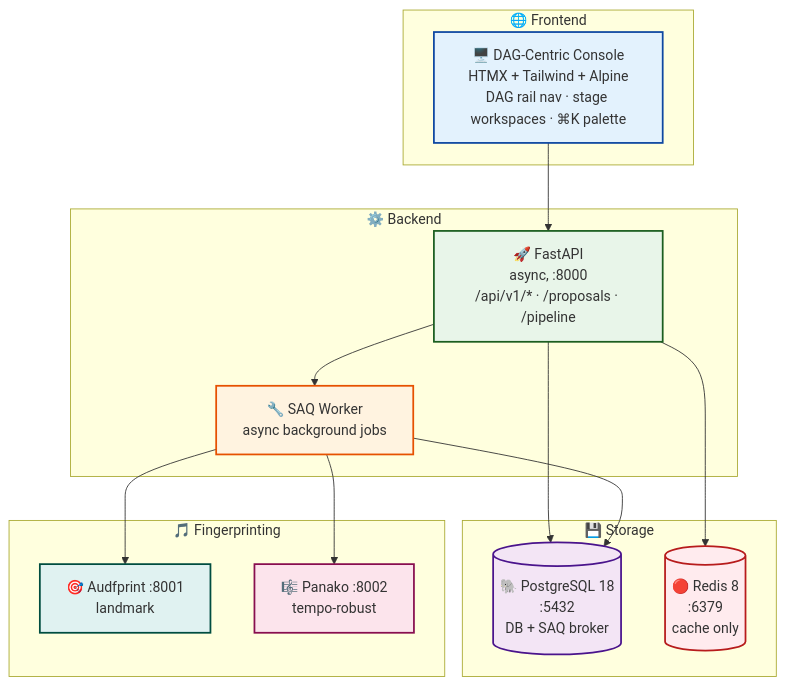
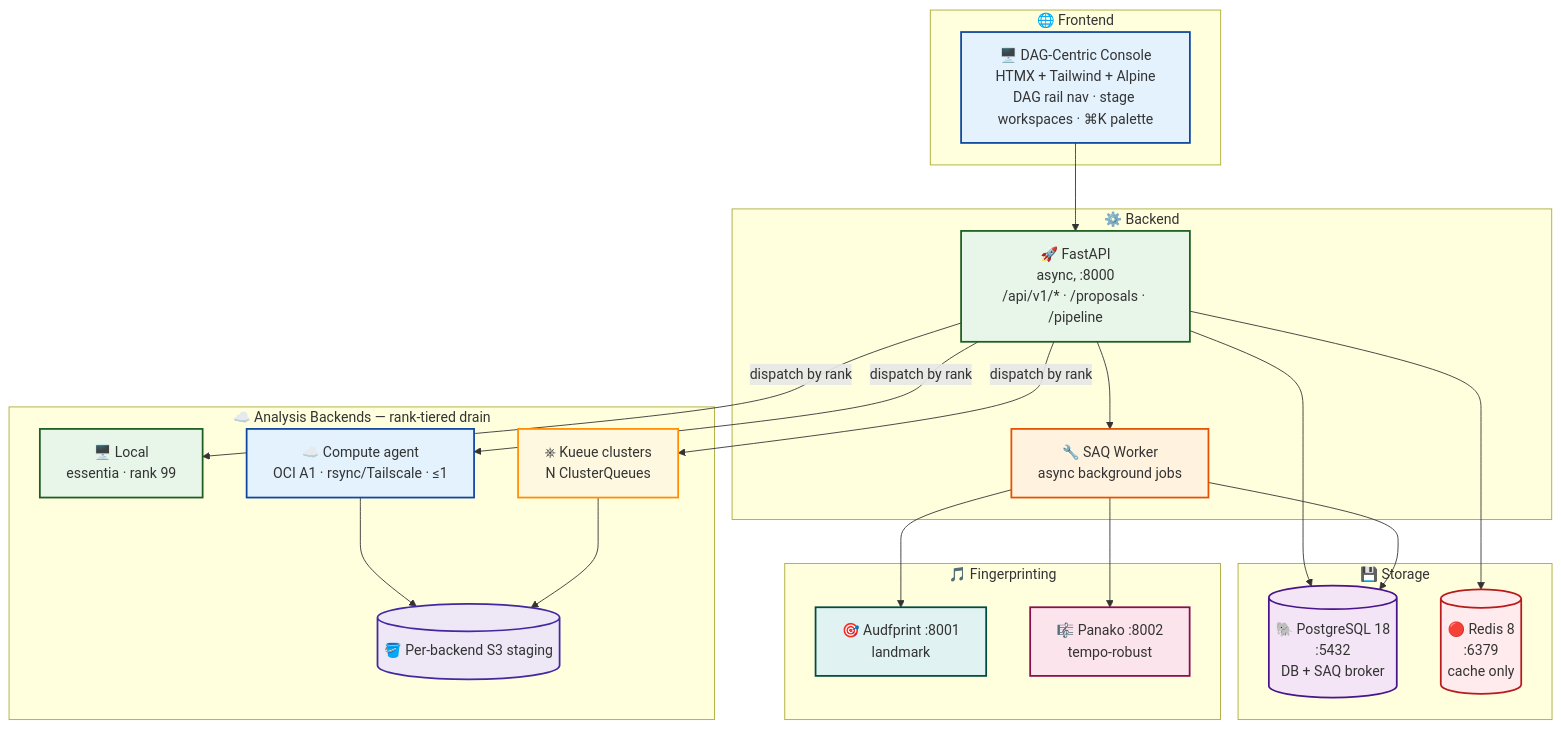
Before and after one commit to SimplicityGuy/phaze: the first of 2 diagrams in README.md, drawn with Mermaid. The commit also changed other lines of this file and 16 other files, not shown here.

````diff
--- a/README.md
+++ b/README.md
@@ -76,37 +104,54 @@
 ```mermaid
 graph TD
     subgraph Frontend ["🌐 Frontend"]
         UI["🖥️ DAG-Centric Console<br/>HTMX + Tailwind + Alpine<br/>DAG rail nav · stage workspaces · ⌘K palette"]
     end
 
     subgraph Backend ["⚙️ Backend"]
         API["🚀 FastAPI<br/>async, :8000<br/>/api/v1/* · /proposals · /pipeline"]
         WORKER["🔧 SAQ Worker<br/>async background jobs"]
     end
 
     subgraph Storage ["💾 Storage"]
         PG[("🐘 PostgreSQL 18<br/>:5432<br/>DB + SAQ broker")]
         REDIS[("🔴 Redis 8<br/>:6379<br/>cache only")]
     end
 
     subgraph Fingerprint ["🎵 Fingerprinting"]
         AUD["🎯 Audfprint :8001<br/>landmark"]
         PAN["🎼 Panako :8002<br/>tempo-robust"]
     end
 
+    subgraph Backends ["☁️ Analysis Backends — rank-tiered drain"]
+        LOCAL["🖥️ Local<br/>essentia · rank 99"]
+        COMPUTE["☁️ Compute agent<br/>OCI A1 · rsync/Tailscale · ≤1"]
+        KUEUE["⎈ Kueue clusters<br/>N ClusterQueues"]
+        S3[("🪣 Per-backend S3 staging")]
+    end
+
     UI --> API
     API --> PG
     API --> REDIS
     API --> WORKER
     WORKER --> AUD
     WORKER --> PAN
     WORKER --> PG
 
+    API -->|dispatch by rank| LOCAL
+    API -->|dispatch by rank| COMPUTE
+    API -->|dispatch by rank| KUEUE
+    COMPUTE --> S3
+    KUEUE --> S3
+
     style UI fill:#e3f2fd,stroke:#0d47a1,stroke-width:2px
     style API fill:#e8f5e9,stroke:#1b5e20,stroke-width:2px
     style WORKER fill:#fff3e0,stroke:#e65100,stroke-width:2px
     style PG fill:#f3e5f5,stroke:#4a148c,stroke-width:2px
     style REDIS fill:#ffebee,stroke:#b71c1c,stroke-width:2px
     style AUD fill:#e0f2f1,stroke:#004d40,stroke-width:2px
     style PAN fill:#fce4ec,stroke:#880e4f,stroke-width:2px
+    style LOCAL fill:#e8f5e9,stroke:#1b5e20,stroke-width:2px
+    style COMPUTE fill:#e3f2fd,stroke:#0d47a1,stroke-width:2px
+    style KUEUE fill:#fff8e1,stroke:#ff8f00,stroke-width:2px
+    style S3 fill:#ede7f6,stroke:#4527a0,stroke-width:2px
 ```
````
